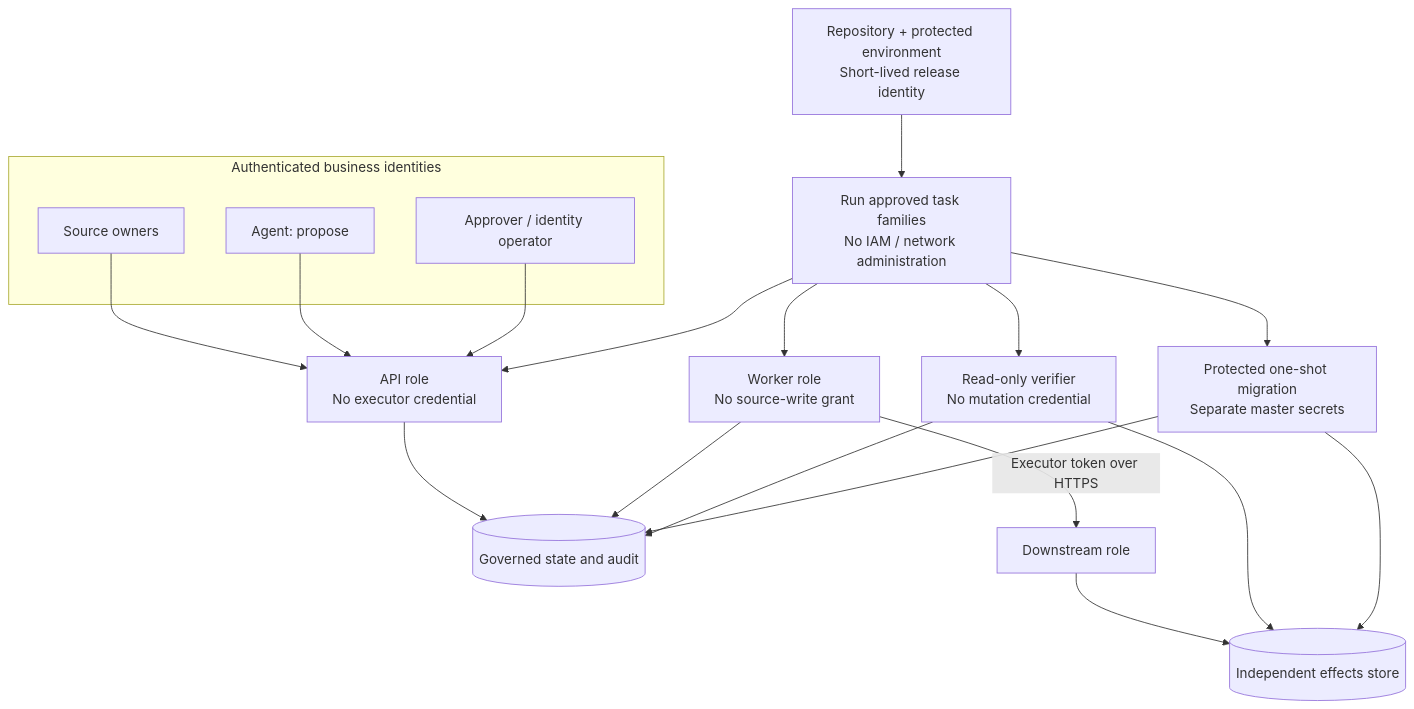
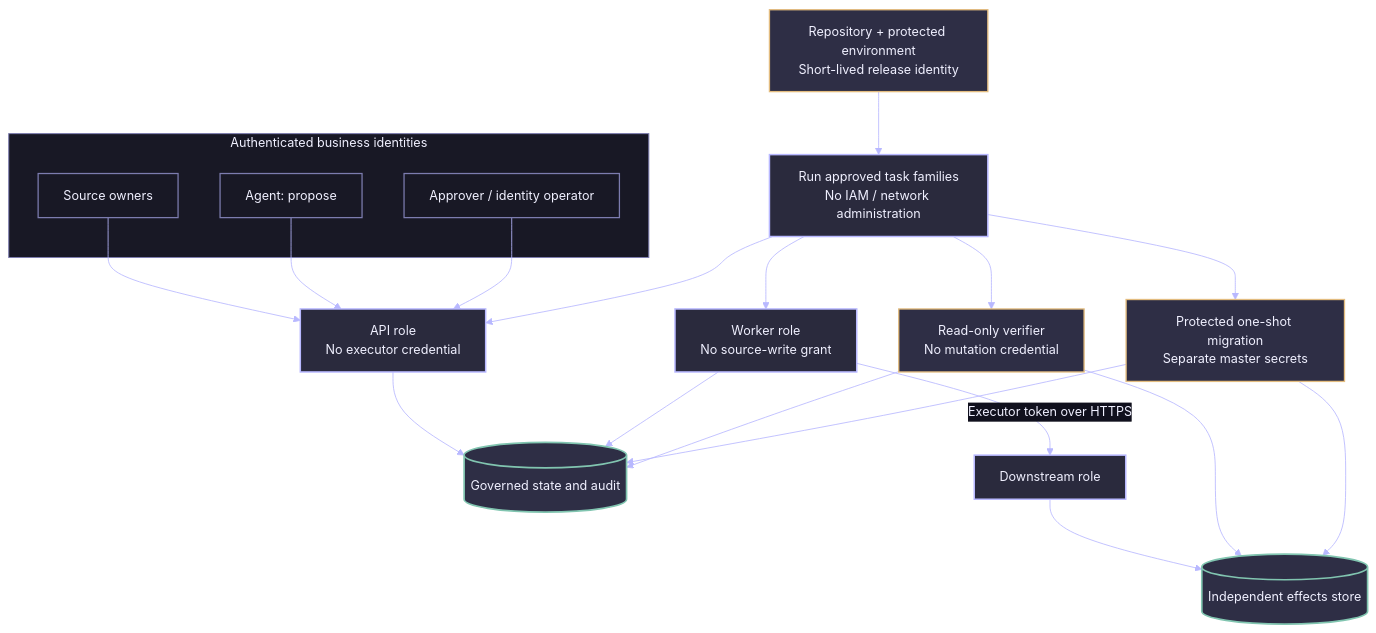
One commit to rlbsem/enterprise-martech-ai-control-plane changed the diagram in docs/diagrams/03-trust-boundaries.mmd. Above: the diagram before and after it, drawn with Mermaid. The commit also changed 17 other files, not shown here.

First line of the commit message:
Brand architecture diagrams with Groundbreakers visual system (#3)

```diff
--- a/docs/diagrams/03-trust-boundaries.mmd
+++ b/docs/diagrams/03-trust-boundaries.mmd
@@ -1,15 +1,25 @@
+%%{init: {"theme":"base","themeVariables":{"background":"#10101D","primaryColor":"#2A2A3D","primaryTextColor":"#F0F0FF","primaryBorderColor":"#7C7CAF","lineColor":"#B8B8FF","textColor":"#F0F0FF","secondaryColor":"#181825","tertiaryColor":"#2E2E45","fontFamily":"IBM Plex Sans, Arial, sans-serif","fontSize":"15px","edgeLabelBackground":"#10101D"}}}%%
 flowchart TB
   subgraph Actors["Authenticated business identities"]
     CRM["Source owners"]
     Agent["Agent: propose"]
     Human["Approver / identity operator"]
   end
   CRM & Agent & Human --> API["API role<br/>No executor credential"]
   API --> State[("Governed state and audit")]
   Worker["Worker role<br/>No source-write grant"] --> State
   Worker -->|"Executor token over HTTPS"| Remote["Downstream role"]
   Remote --> Receipts[("Independent effects store")]
   Verify["Read-only verifier<br/>No mutation credential"] --> State & Receipts
   Admin["Protected one-shot migration<br/>Separate master secrets"] --> State & Receipts
   OIDC["Repository + protected environment<br/>Short-lived release identity"] --> Revisions["Run approved task families<br/>No IAM / network administration"]
   Revisions --> API & Worker & Verify & Admin
+  classDef identity fill:#181825,stroke:#7C7CAF,color:#F0F0FF,stroke-width:1.5px
+  classDef authority fill:#2A2A3D,stroke:#B8B8FF,color:#F0F0FF,stroke-width:1.8px
+  classDef store fill:#2E2E45,stroke:#81C5B0,color:#F0F0FF,stroke-width:2px
+  classDef protected fill:#2E2E45,stroke:#E3BC7F,color:#F0F0FF,stroke-width:1.6px
+  class CRM,Agent,Human identity
+  class API,Worker,Remote,Revisions authority
+  class State,Receipts store
+  class Verify,Admin,OIDC protected
+  style Actors fill:#181825,stroke:#7C7CAF,color:#F0F0FF,stroke-width:1.2px
```
